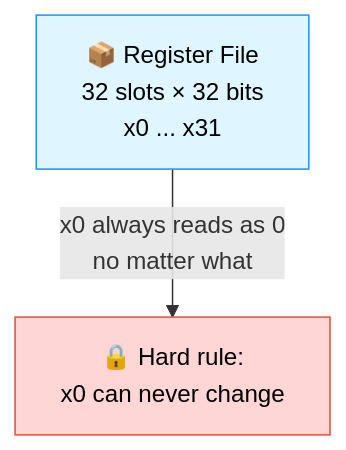
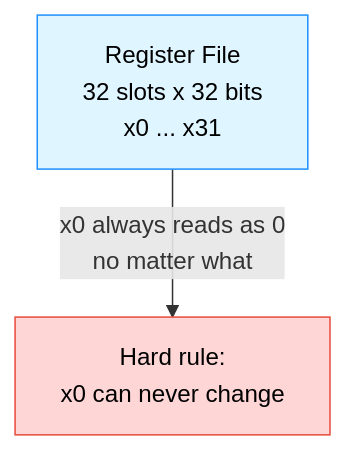
Before and after one commit to hjsanjana/rtl-design-practice: diagram 15 of 30 in RISC-V/README.md, drawn with Mermaid. The commit also changed other lines of this file, not shown here.

````diff
--- a/RISC-V/README.md
+++ b/RISC-V/README.md
@@ -588,8 +527,8 @@
 ```mermaid
 flowchart TB
-    RF["📦 Register File\n32 slots × 32 bits\nx0 ... x31"]
-    RF -->|x0 always reads as 0\nno matter what| RULE["🔒 Hard rule:\nx0 can never change"]
+    RF["Register File\n32 slots x 32 bits\nx0 ... x31"]
+    RF -->|x0 always reads as 0\nno matter what| RULE["Hard rule:\nx0 can never change"]
 
     style RF fill:#dff5ff,stroke:#1e90ff,color:#000
     style RULE fill:#ffd6d6,stroke:#e74c3c,color:#000
 ```
````
